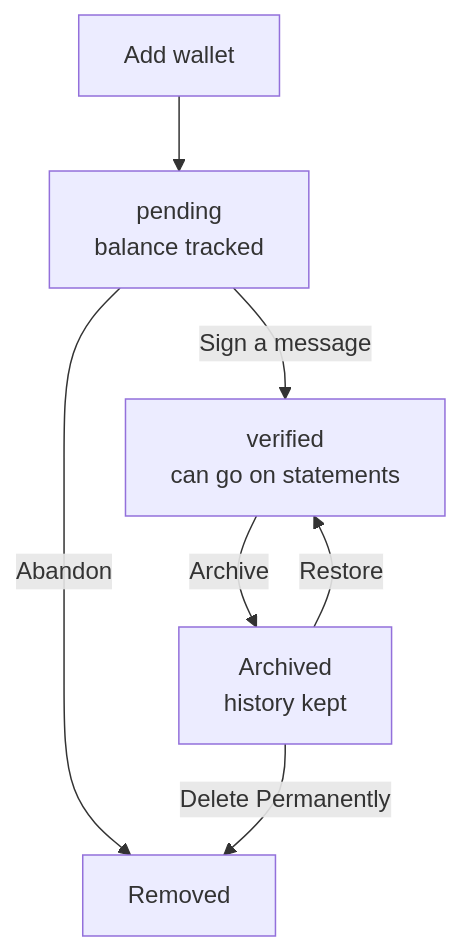
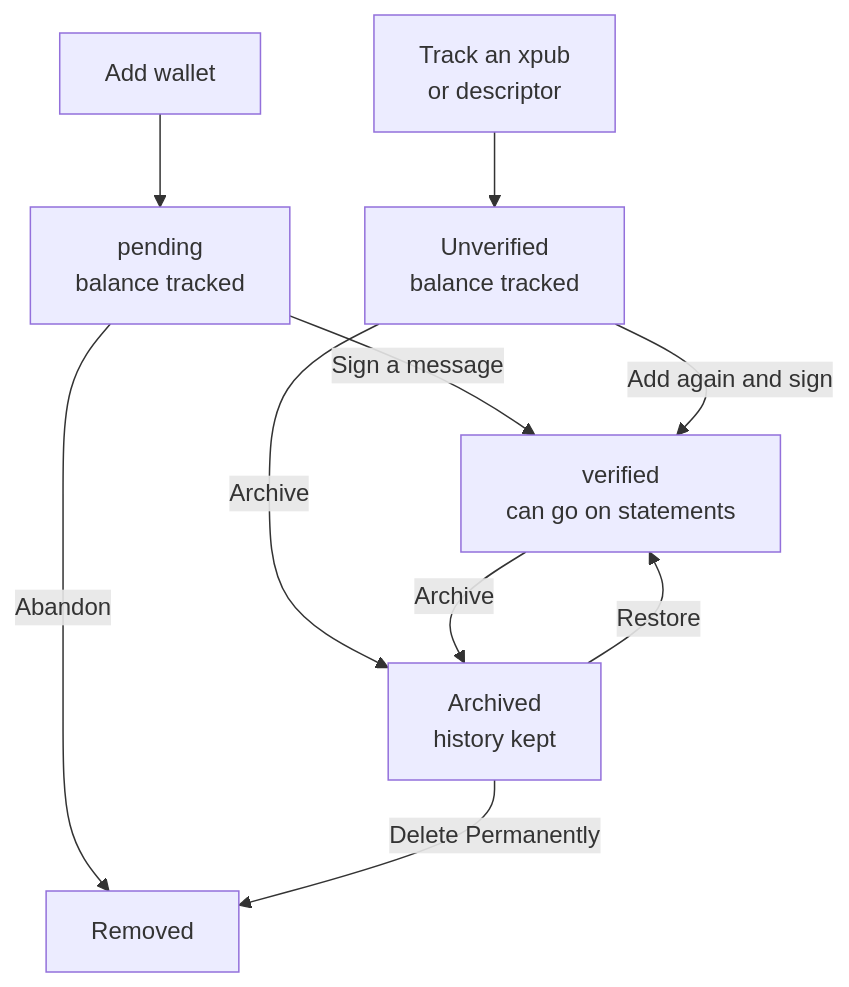
Before and after one commit to hoseki-inc/docs: the diagram in bitcoin-control-center/accounts/how-accounts-work.mdx, drawn with Mermaid. The commit also changed other lines of this file and 23 other files, not shown here.

````diff
--- a/bitcoin-control-center/accounts/how-accounts-work.mdx
+++ b/bitcoin-control-center/accounts/how-accounts-work.mdx
@@ -43,9 +45,12 @@
 ```mermaid
 flowchart TD
   A["Add wallet"] --> B["pending<br/>balance tracked"]
+  T["Track an xpub<br/>or descriptor"] --> U["Unverified<br/>balance tracked"]
   B -- "Sign a message" --> C["verified<br/>can go on statements"]
+  U -- "Add again and sign" --> C
   B -- "Abandon" --> X["Removed"]
+  U -- "Archive" --> D
   C -- "Archive" --> D["Archived<br/>history kept"]
   D -- "Restore" --> C
   D -- "Delete Permanently" --> X
 ```
````
